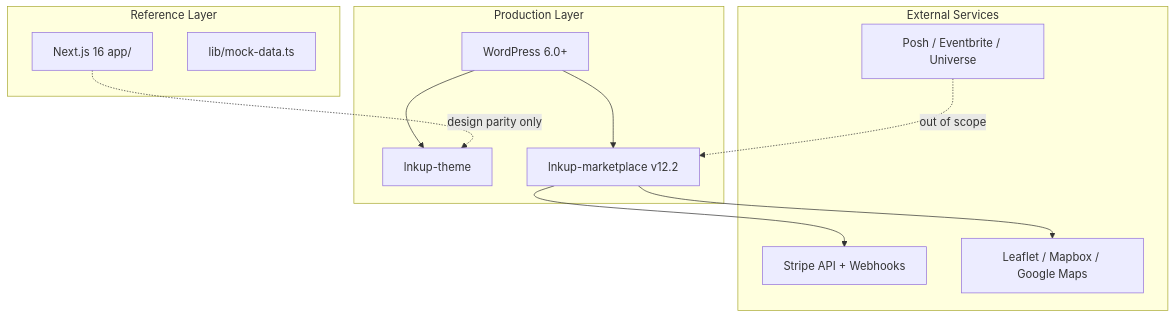
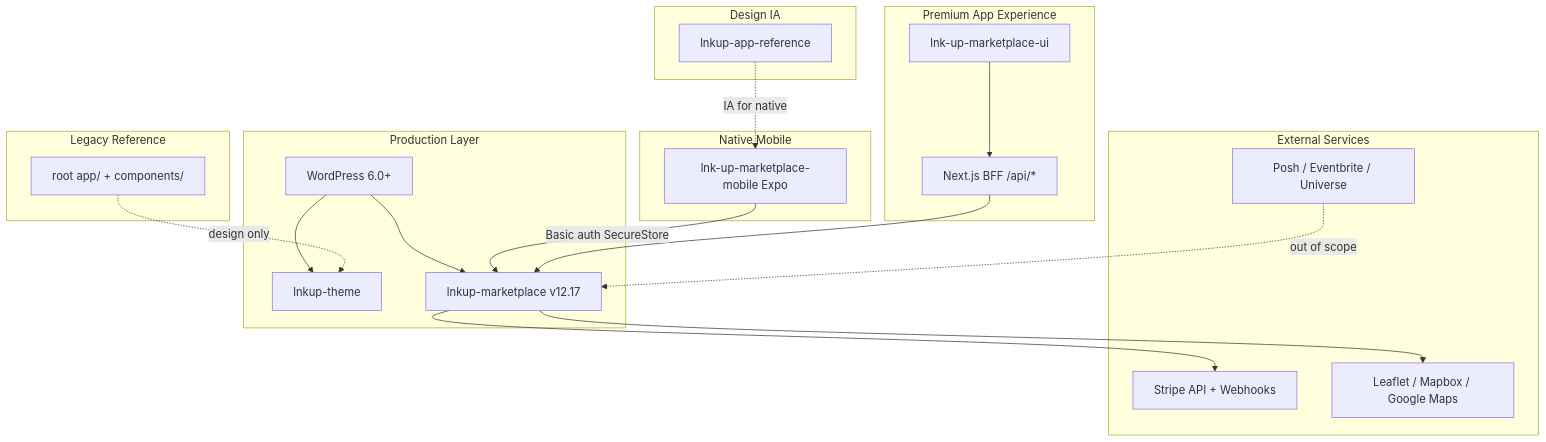
Before and after one commit to sixstarsent1-png/LNKUP-Marketplace-Vercel: the first of 18 diagrams in docs/SYSTEM_OVERVIEW.md, drawn with Mermaid. The commit also changed other lines of this file and 276 other files, not shown here.

````diff
--- a/docs/SYSTEM_OVERVIEW.md
+++ b/docs/SYSTEM_OVERVIEW.md
@@ -168,23 +196,35 @@
 ```mermaid
 flowchart TB
-  subgraph reference [Reference Layer]
-    NextJS["Next.js 16 app/"]
-    MockData["lib/mock-data.ts"]
-  end
   subgraph production [Production Layer]
     WP["WordPress 6.0+"]
     Theme["lnkup-theme"]
-    Plugin["lnkup-marketplace v12.2"]
+    Plugin["lnkup-marketplace v12.17"]
+  end
+  subgraph appLayer [Premium App Experience]
+    UI["lnk-up-marketplace-ui"]
+    BFF["Next.js BFF /api/*"]
+  end
+  subgraph nativeLayer [Native Mobile]
+    Mobile["lnk-up-marketplace-mobile Expo"]
+  end
+  subgraph designIa [Design IA]
+    RefApp["lnkup-app-reference"]
+  end
+  subgraph legacy [Legacy Reference]
+    OldApp["root app/ + components/"]
   end
   subgraph external [External Services]
     Stripe["Stripe API + Webhooks"]
     Maps["Leaflet / Mapbox / Google Maps"]
     Ticketing["Posh / Eventbrite / Universe"]
   end
-  NextJS -.->|"design parity only"| Theme
+  UI --> BFF --> Plugin
+  Mobile -->|"Basic auth SecureStore"| Plugin
+  RefApp -.->|"IA for native"| Mobile
+  OldApp -.->|"design only"| Theme
   WP --> Theme
   WP --> Plugin
   Plugin --> Stripe
   Plugin --> Maps
   Ticketing -.->|"out of scope"| Plugin
 ```
````
